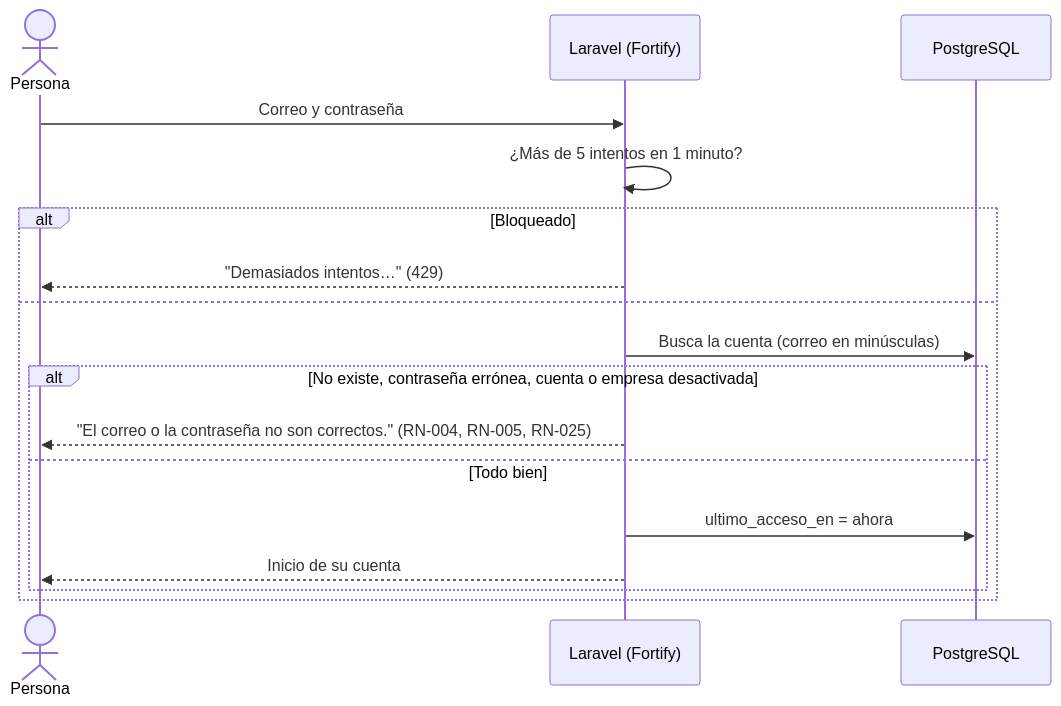
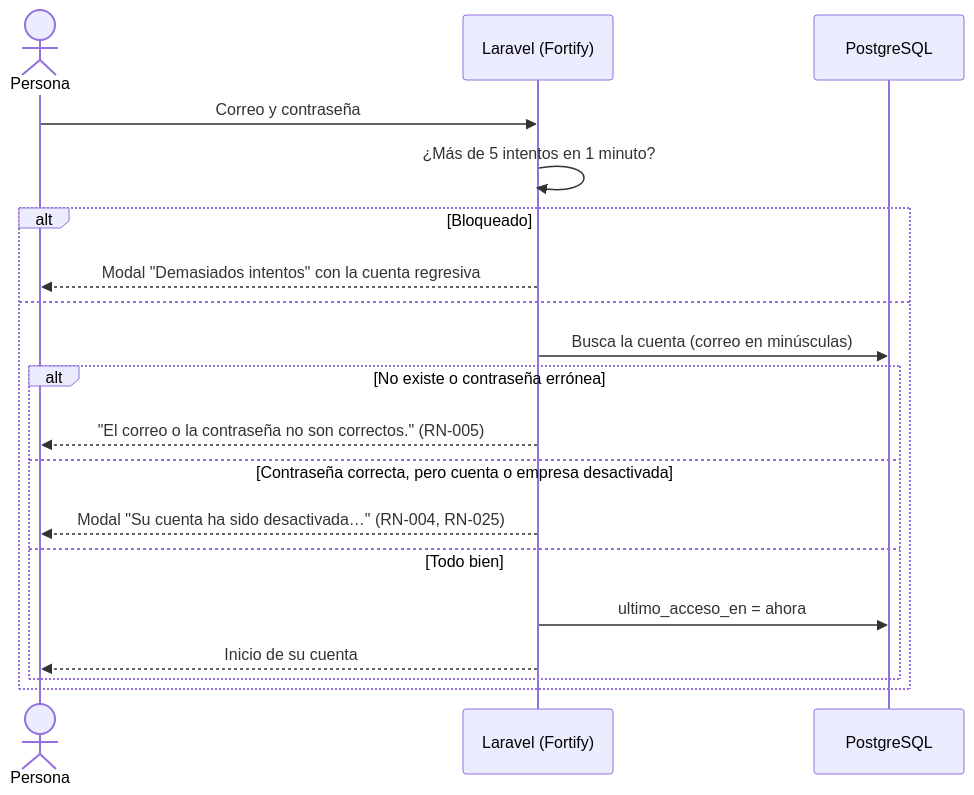
One commit to mensajesfront-commits/DiagnosTICo changed the third of 5 diagrams in docs/09_FLUJOS_DEL_SISTEMA.md. Above: the diagram before and after it, drawn with Mermaid. The commit also changed 11 other files, not shown here.

First line of the commit message:
L1: modales de cuenta desactivada y de demasiados intentos

````diff
--- a/docs/09_FLUJOS_DEL_SISTEMA.md
+++ b/docs/09_FLUJOS_DEL_SISTEMA.md
@@ -100,20 +100,22 @@
 ```mermaid
 sequenceDiagram
     actor U as Persona
     participant L as Laravel (Fortify)
     participant BD as PostgreSQL
 
     U->>L: Correo y contraseña
     L->>L: ¿Más de 5 intentos en 1 minuto?
     alt Bloqueado
-        L-->>U: "Demasiados intentos…" (429)
+        L-->>U: Modal "Demasiados intentos" con la cuenta regresiva
     else
         L->>BD: Busca la cuenta (correo en minúsculas)
-        alt No existe, contraseña errónea, cuenta o empresa desactivada
-            L-->>U: "El correo o la contraseña no son correctos." (RN-004, RN-005, RN-025)
+        alt No existe o contraseña errónea
+            L-->>U: "El correo o la contraseña no son correctos." (RN-005)
+        else Contraseña correcta, pero cuenta o empresa desactivada
+            L-->>U: Modal "Su cuenta ha sido desactivada…" (RN-004, RN-025)
         else Todo bien
             L->>BD: ultimo_acceso_en = ahora
             L-->>U: Inicio de su cuenta
         end
     end
 ```
````
